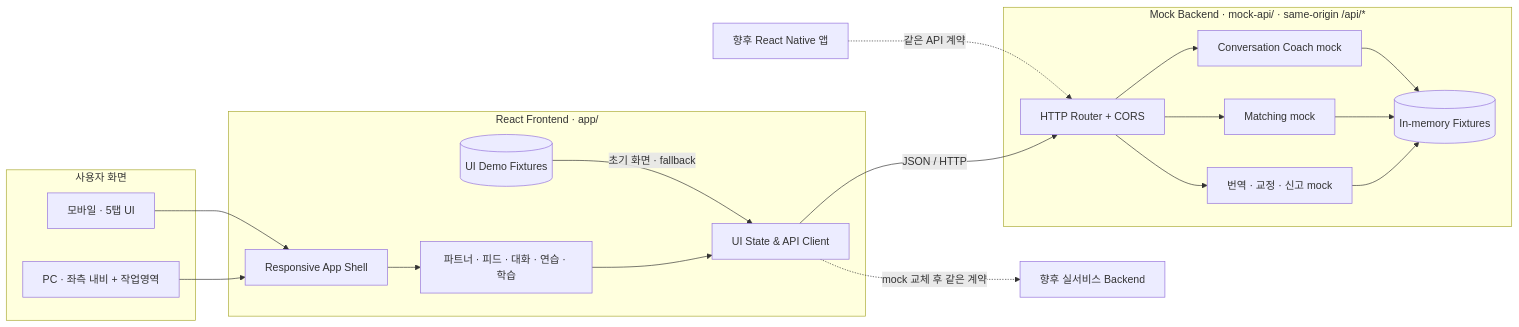
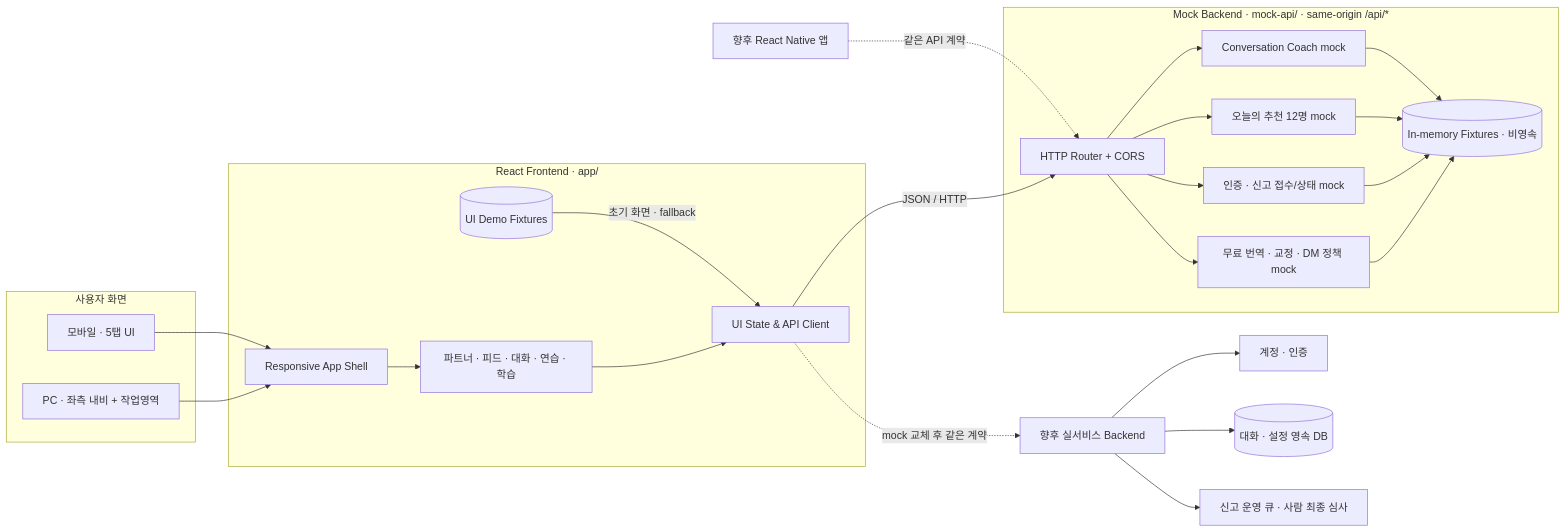
The first of 2 diagrams in README.md (Docile1115/lingoloop-web-mock), drawn with Mermaid before and after one commit. The commit also changed other lines of this file and 7 other files, not shown here.

Commit message:
Expand matching and safety experience

````diff
--- a/README.md
+++ b/README.md
@@ -114,34 +129,39 @@
 ```mermaid
 flowchart LR
     subgraph Clients["사용자 화면"]
         PC["PC · 좌측 내비 + 작업영역"]
         Mobile["모바일 · 5탭 UI"]
     end
 
     subgraph Frontend["React Frontend · app/"]
         Shell["Responsive App Shell"]
         Features["파트너 · 피드 · 대화 · 연습 · 학습"]
         State["UI State & API Client"]
         Fallback[("UI Demo Fixtures")]
         Shell --> Features --> State
         Fallback -->|"초기 화면 · fallback"| State
     end
 
     subgraph MockBackend["Mock Backend · mock-api/ · same-origin /api/*"]
         Router["HTTP Router + CORS"]
-        Services["번역 · 교정 · 신고 mock"]
-        Matching["Matching mock"]
+        Services["무료 번역 · 교정 · DM 정책 mock"]
+        Safety["인증 · 신고 접수/상태 mock"]
+        Matching["오늘의 추천 12명 mock"]
         Coach["Conversation Coach mock"]
-        Memory[("In-memory Fixtures")]
+        Memory[("In-memory Fixtures · 비영속")]
         Router --> Services --> Memory
+        Router --> Safety --> Memory
         Router --> Matching --> Memory
         Router --> Coach --> Memory
     end
 
     PC --> Shell
     Mobile --> Shell
     State -->|"JSON / HTTP"| Router
 
     RN["향후 React Native 앱"] -.->|"같은 API 계약"| Router
     State -.->|"mock 교체 후 같은 계약"| Real["향후 실서비스 Backend"]
+    Real --> Auth["계정 · 인증"]
+    Real --> DB[("대화 · 설정 영속 DB")]
+    Real --> Review["신고 운영 큐 · 사람 최종 심사"]
 ```
````
